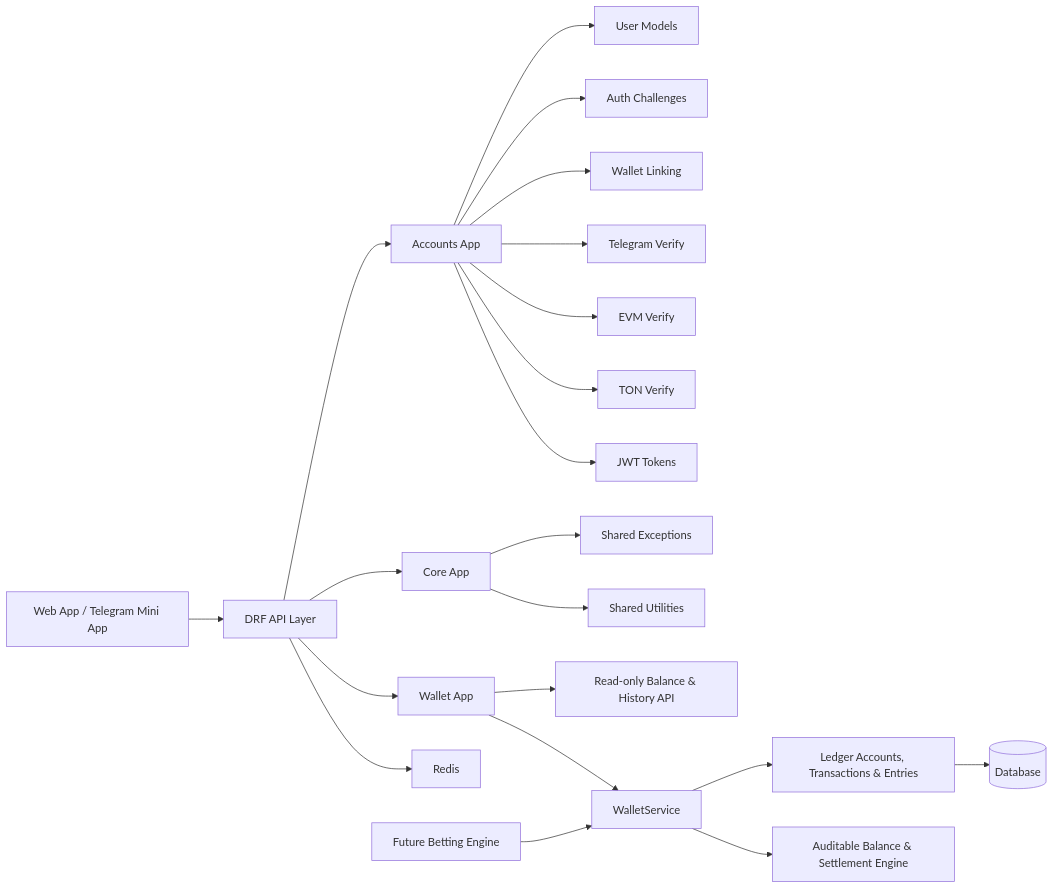
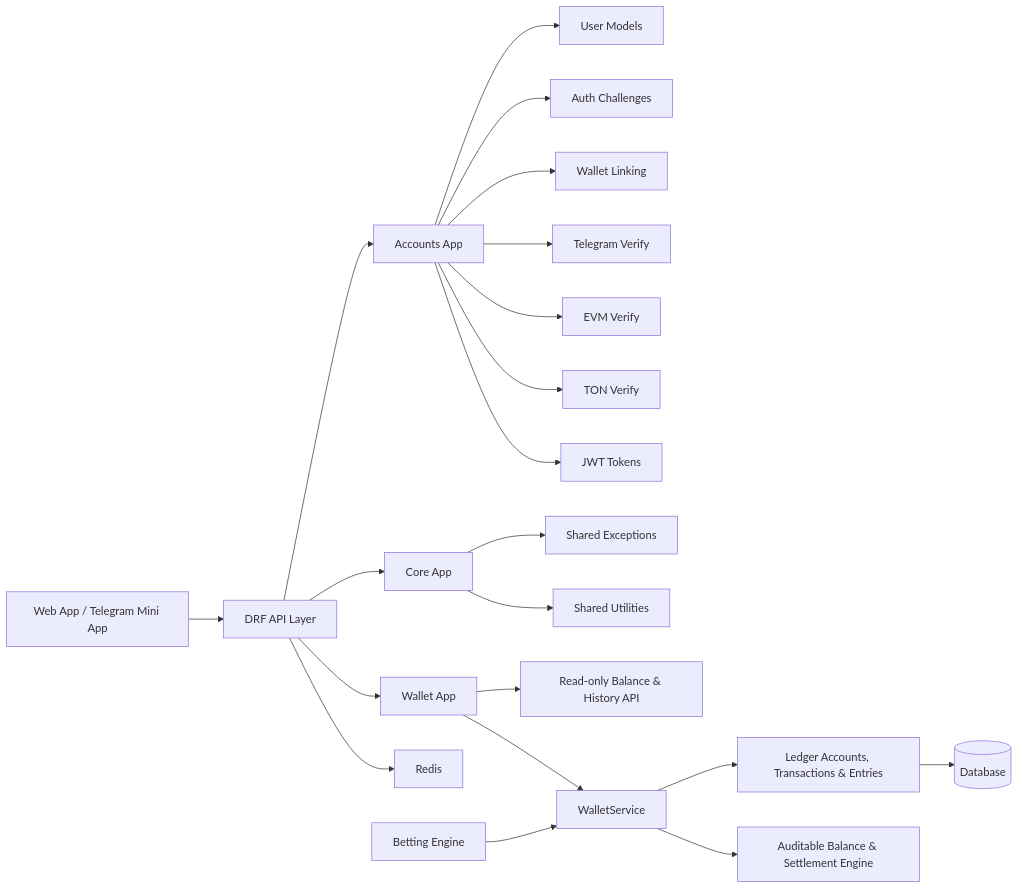
The diagram in README.md (Corawl13/RyoLand), drawn with Mermaid before and after one commit. The commit also changed other lines of this file and 14 other files, not shown here.

Commit message:
feat(betting): integrate Step 3 betting engine, odds verification, tests, and update README

````diff
--- a/README.md
+++ b/README.md
@@ -95,27 +95,27 @@
 ```mermaid
 flowchart LR
     A[Web App / Telegram Mini App] --> B[DRF API Layer]
     B --> C[Accounts App]
     B --> D[Core App]
     B --> W[Wallet App]
 
     C --> E[User Models]
     C --> F[Auth Challenges]
     C --> G[Wallet Linking]
     C --> H[Telegram Verify]
     C --> I[EVM Verify]
     C --> J[TON Verify]
     C --> K[JWT Tokens]
 
     D --> L[Shared Exceptions]
     D --> M[Shared Utilities]
 
     W --> X[Read-only Balance & History API]
     W --> Y[WalletService]
     Y --> Z[Ledger Accounts, Transactions & Entries]
     Z --> P[(Database)]
     B --> Q[Redis]
 
-    R[Future Betting Engine] --> Y
+    R[Betting Engine] --> Y
     Y --> S[Auditable Balance & Settlement Engine]
 ```
````
